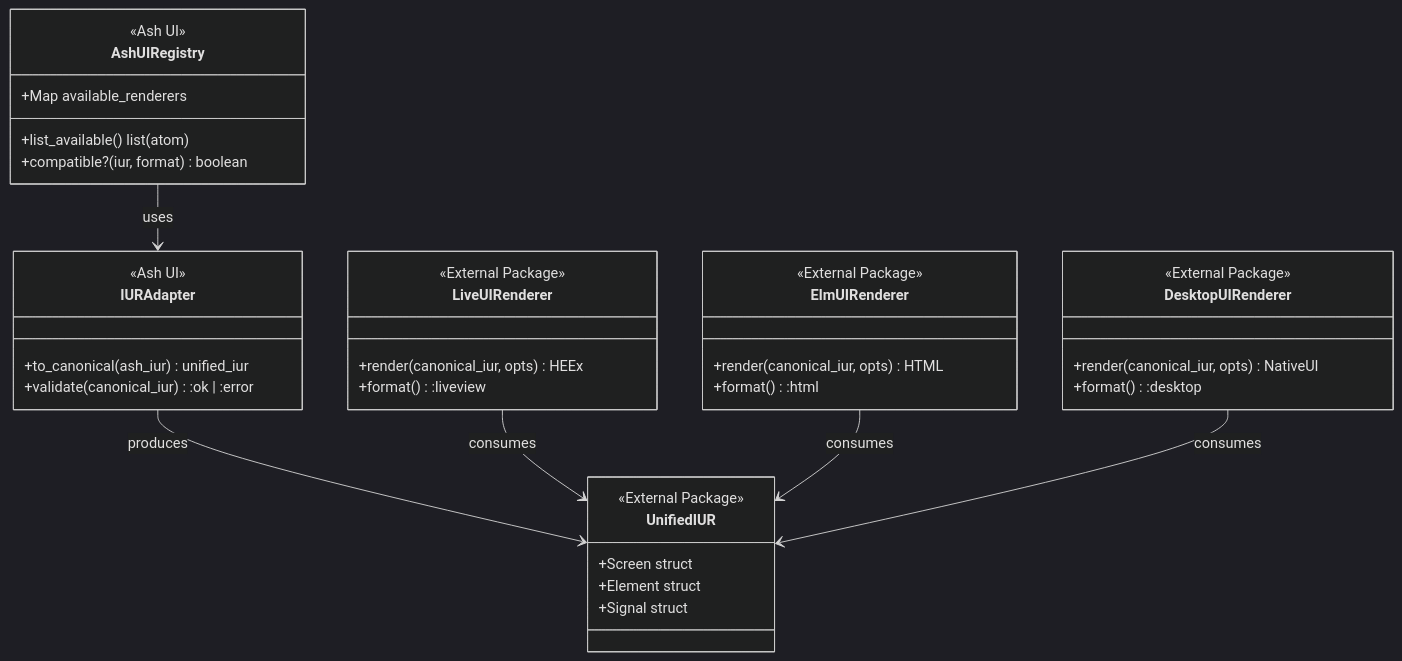
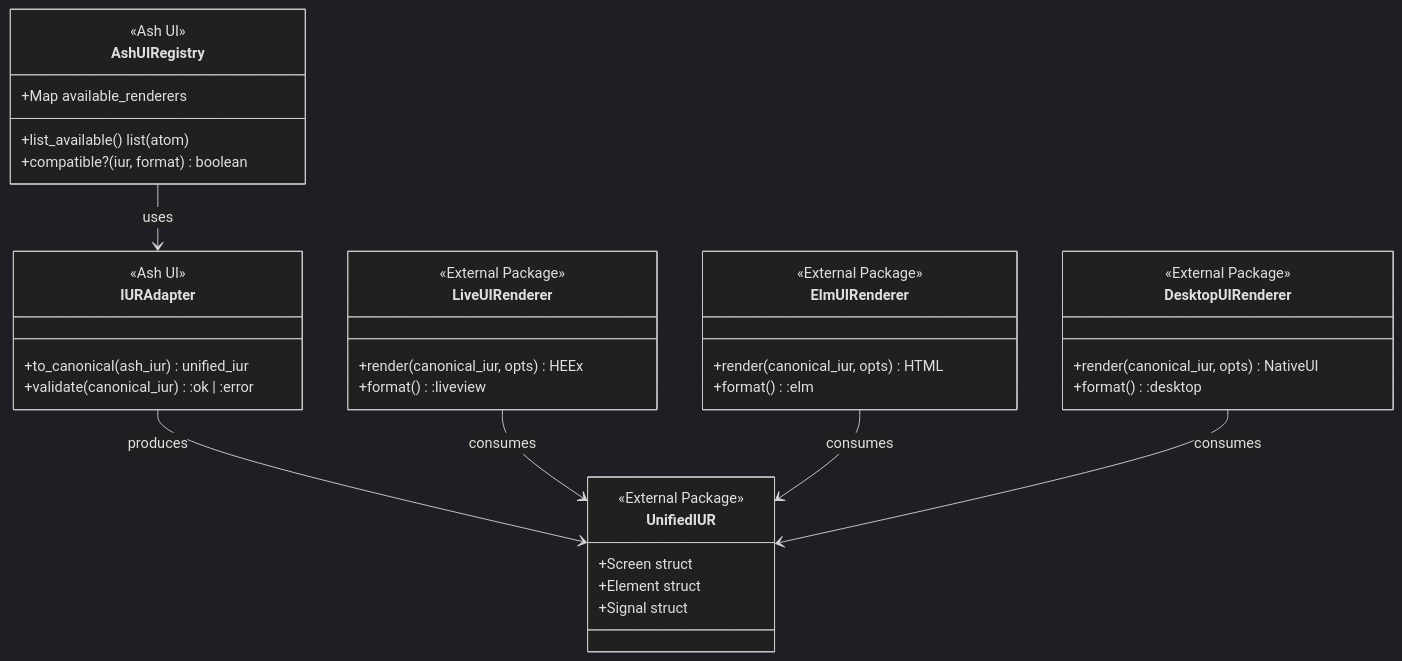
One commit to The-Metagraph/ash_ui changed the second of 2 diagrams in specs/contracts/rendering_contract.md. Above: the diagram before and after it, drawn with Mermaid (dark theme). The commit also changed other lines of this file and 31 other files, not shown here.

````diff
--- a/specs/contracts/rendering_contract.md
+++ b/specs/contracts/rendering_contract.md
@@ -335,46 +335,46 @@
 ```mermaid
 classDiagram
     class AshUIRegistry {
         <<Ash UI>>
         +Map available_renderers
         +list_available() list(atom)
         +compatible?(iur, format) boolean
     }
 
     class IURAdapter {
         <<Ash UI>>
         +to_canonical(ash_iur) unified_iur
         +validate(canonical_iur) :ok | :error
     }
 
     class UnifiedIUR {
         <<External Package>>
         +Screen struct
         +Element struct
         +Signal struct
     }
 
     class LiveUIRenderer {
         <<External Package>>
         +render(canonical_iur, opts) HEEx
         +format() :liveview
     }
 
     class ElmUIRenderer {
         <<External Package>>
         +render(canonical_iur, opts) HTML
-        +format() :html
+        +format() :elm
     }
 
     class DesktopUIRenderer {
         <<External Package>>
         +render(canonical_iur, opts) NativeUI
         +format() :desktop
     }
 
     AshUIRegistry --> IURAdapter : uses
     IURAdapter --> UnifiedIUR : produces
     LiveUIRenderer --> UnifiedIUR : consumes
     ElmUIRenderer --> UnifiedIUR : consumes
     DesktopUIRenderer --> UnifiedIUR : consumes
 ```
````
